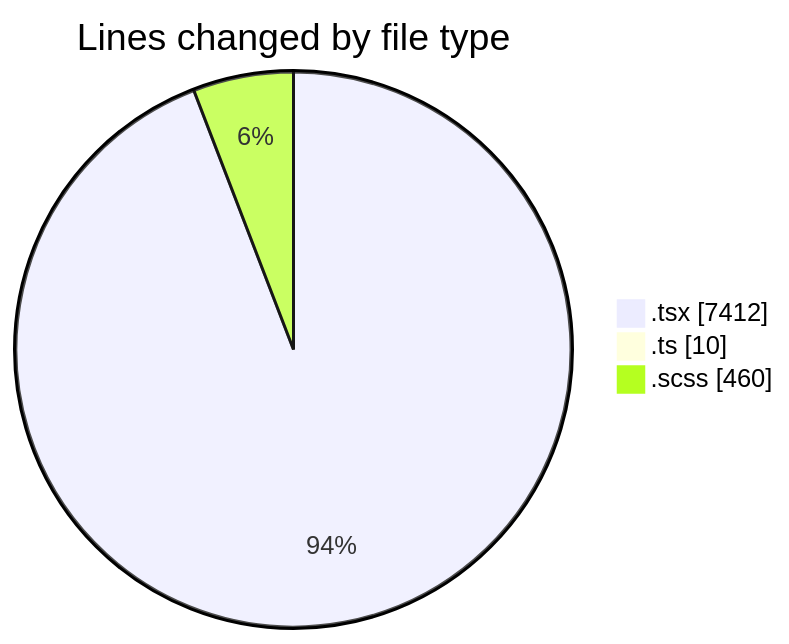
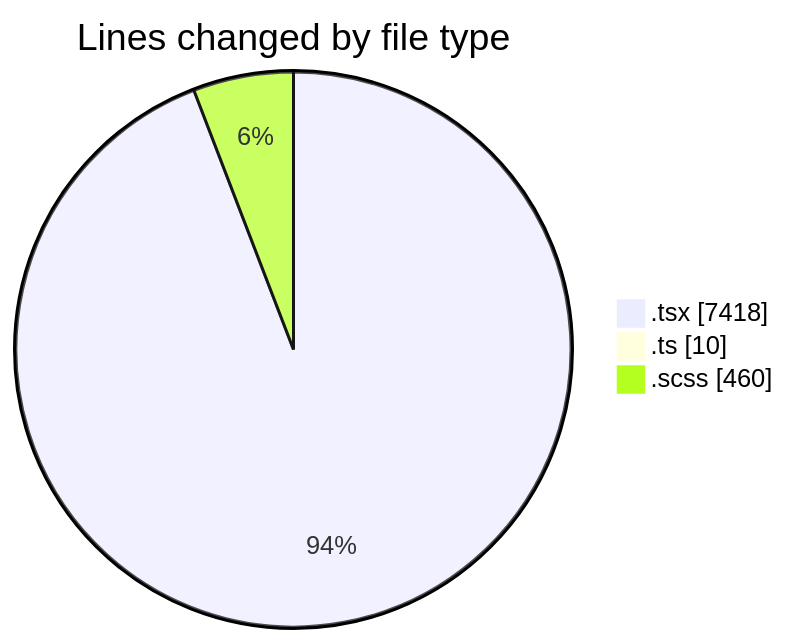
The first of 2 diagrams in 2025-11-17/cda/README.md (momahboobian/code-tracking), drawn with Mermaid before and after one commit. The commit also changed other lines of this file and 1 other file, not shown here.

````diff
--- a/2025-11-17/cda/README.md
+++ b/2025-11-17/cda/README.md
@@ -32,7 +32,7 @@
 ```mermaid
 pie showData
 title Lines changed by file type
-".tsx" : 7412
+".tsx" : 7418
 ".ts" : 10
 ".scss" : 460
 ```
````
